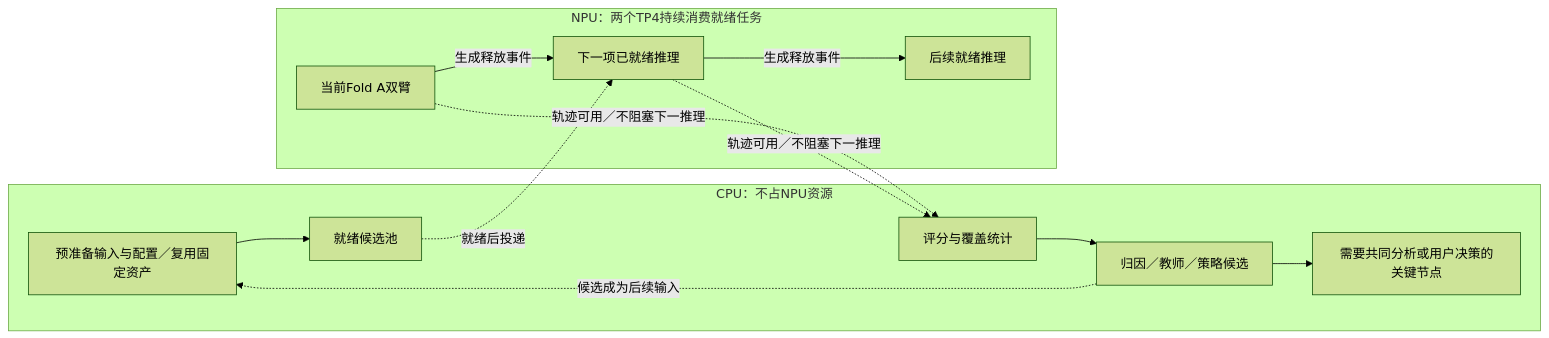
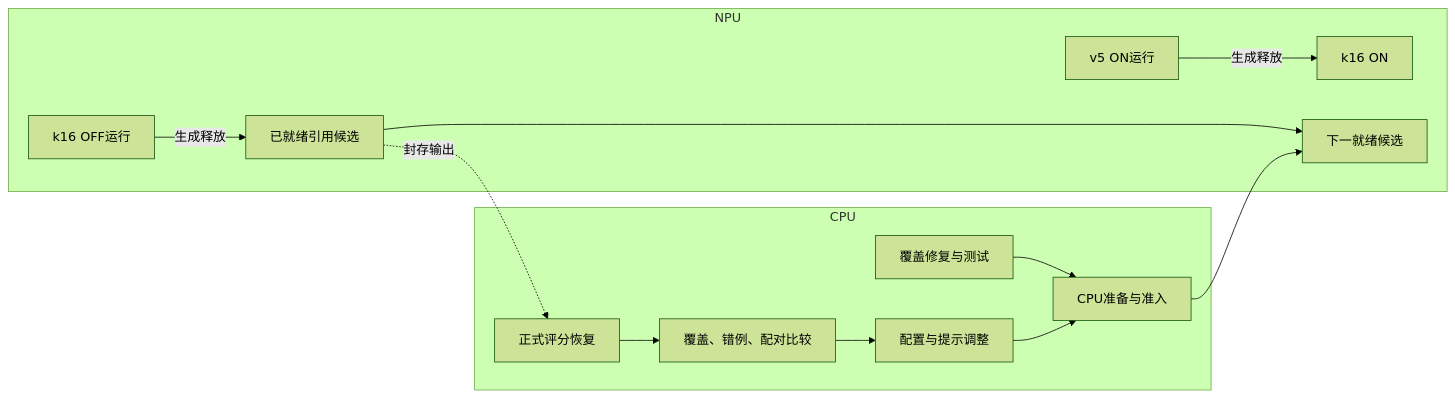
The diagram in studies/speech-aware-evidence-acquisition/docs/results/TFRL-Execution-DAG.md (chaosxingxc-orion/omni), drawn with Mermaid (forest theme) before and after one commit. The commit also changed other lines of this file and 10 other files, not shown here.

````diff
--- a/studies/speech-aware-evidence-acquisition/docs/results/TFRL-Execution-DAG.md
+++ b/studies/speech-aware-evidence-acquisition/docs/results/TFRL-Execution-DAG.md
@@ -71,24 +27,16 @@
 ```mermaid
 flowchart LR
-  subgraph CPU[CPU：不占NPU资源]
-    Prepare[预准备输入与配置／复用固定资产]
-    Ready[就绪候选池]
-    Score[评分与覆盖统计]
-    Analyze[归因／教师／策略候选]
-    Decide[需要共同分析或用户决策的关键节点]
-    Prepare --> Ready
-    Score --> Analyze
-    Analyze --> Decide
+  subgraph CPU
+    Fix[覆盖修复与测试] --> Prepare[CPU准备与准入]
+    Score[正式评分恢复] --> Compare[覆盖、错例、配对比较]
+    Compare --> Tune[配置与提示调整]
+    Tune --> Prepare
   end
-  subgraph NPU[NPU：两个TP4持续消费就绪任务]
-    Current[当前Fold A双臂]
-    Next[下一项已就绪推理]
-    Later[后续就绪推理]
-    Current -->|生成释放事件| Next
-    Next -->|生成释放事件| Later
+  subgraph NPU
+    A[k16 OFF运行] -->|生成释放| Cover[已就绪引用候选]
+    B[v5 ON运行] -->|生成释放| K[k16 ON]
+    Cover --> Next[下一就绪候选]
   end
-  Ready -.就绪后投递.-> Next
-  Current -.轨迹可用／不阻塞下一推理.-> Score
-  Next -.轨迹可用／不阻塞下一推理.-> Score
-  Analyze -.候选成为后续输入.-> Prepare
+  Prepare --> Next
+  Cover -.封存输出.-> Score
 ```
````
